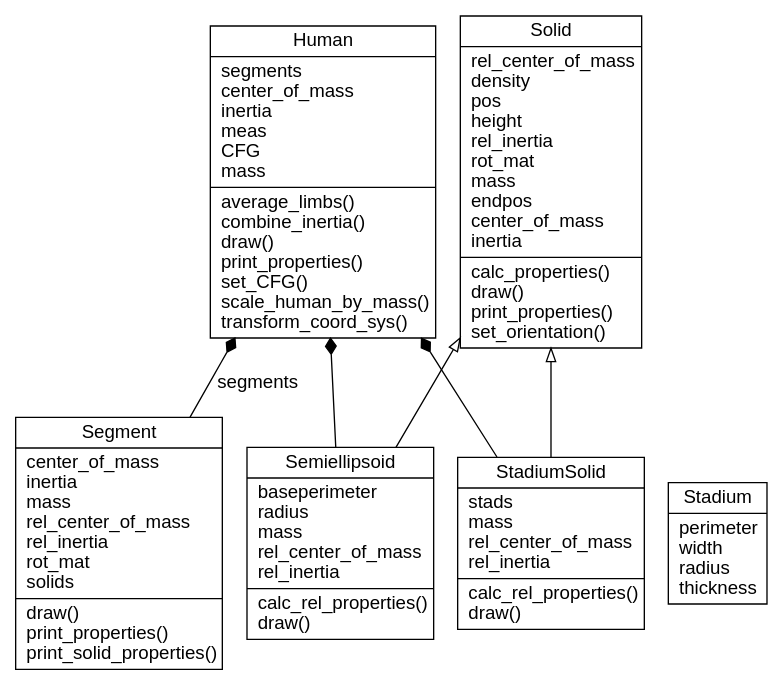
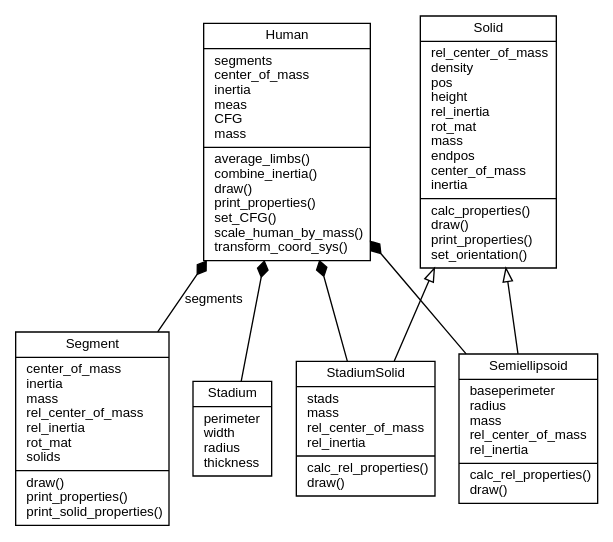
One commit to chrisdembia/python-yeadon-paper changed the diagram in figfactory/umldiagram/umldiagram.dot. Above: the diagram before and after it, drawn with Graphviz. The commit also changed 2 other files, not shown here.

Commit message:
Wrote caption for umldiagram.

```diff
--- a/figfactory/umldiagram/umldiagram.dot
+++ b/figfactory/umldiagram/umldiagram.dot
@@ -1,17 +1,18 @@
 digraph "Yeadon" {
-    node [fontname=Arial];
-    edge [fontname=Arial];
+    node [fontname=Arial, fontsize=10];
+    edge [fontname=Arial, fontsize=10];
 charset="utf-8"
 rankdir=BT
 "14" [shape="record", label="{Segment|center_of_mass\linertia\lmass\lrel_center_of_mass\lrel_inertia\lrot_mat\lsolids\l|draw()\lprint_properties()\lprint_solid_properties()\l}"];
 "16" [shape="record", label="{Human|segments\lcenter_of_mass\linertia\lmeas\lCFG\lmass\l|average_limbs()\lcombine_inertia()\ldraw()\lprint_properties()\lset_CFG()\lscale_human_by_mass()\ltransform_coord_sys()\l}"];
 "20" [shape="record", label="{StadiumSolid|stads\lmass\lrel_center_of_mass\lrel_inertia\l|calc_rel_properties()\ldraw()\l}"];
 "21" [shape="record", label="{Solid|rel_center_of_mass\ldensity\lpos\lheight\lrel_inertia\lrot_mat\lmass\lendpos\lcenter_of_mass\linertia\l|calc_properties()\ldraw()\lprint_properties()\lset_orientation()\l}"];
 "22" [shape="record", label="{Stadium|perimeter\lwidth\lradius\lthickness\l}"];
 "23" [shape="record", label="{Semiellipsoid|baseperimeter\lradius\lmass\lrel_center_of_mass\lrel_inertia\l|calc_rel_properties()\ldraw()\l}"];
 "20" -> "21" [arrowtail="none", arrowhead="empty"];
 "23" -> "21" [arrowtail="none", arrowhead="empty"];
 "14" -> "16" [arrowhead="diamond", style="solid", arrowtail="none", fontcolor="black", label=" segments"];
 "20" -> "16" [arrowhead="diamond", style="solid", arrowtail="none", fontcolor="black"];
 "23" -> "16" [arrowhead="diamond", style="solid", arrowtail="none", fontcolor="black"];
+"22" -> "16" [arrowhead="diamond", style="solid", arrowtail="none", fontcolor="black"];
 }
```
